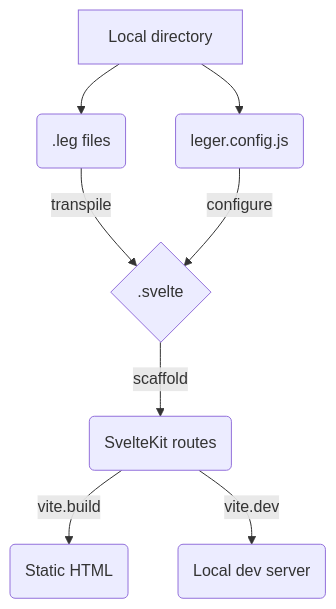
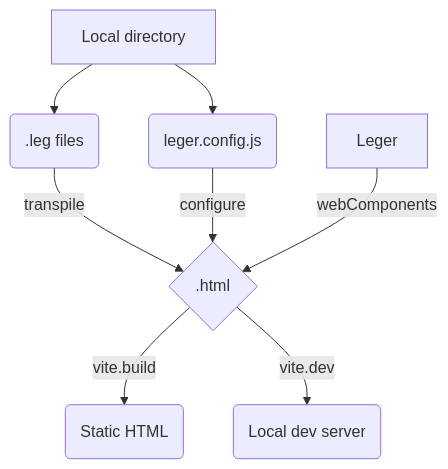
One commit to ThibaudMZN/Leger changed the diagram in README.md. Above: the diagram before and after it, drawn with Mermaid. The commit also changed 19 other files, not shown here.

````diff
--- a/README.md
+++ b/README.md
@@ -9,10 +9,10 @@
 ```mermaid
 graph
     Dir[Local directory] --> Files(.leg files)
     Dir[Local directory] --> Config(leger.config.js)
-    Files -- transpile --> Svelte{.svelte}
-    Config -- configure --> Svelte
-    Svelte -- scaffold --> SvelteKit(SvelteKit routes)
-    SvelteKit -- vite.build --> StaticHTML(Static HTML)
-    SvelteKit -- vite.dev --> HMR(Local dev server)
+    Files -- transpile --> HTML{.html}
+    Config -- configure --> HTML
+    Leger[Leger] -- webComponents --> HTML
+    HTML -- vite.build --> StaticHTML(Static HTML)
+    HTML -- vite.dev --> HMR(Local dev server)
 ```
````
